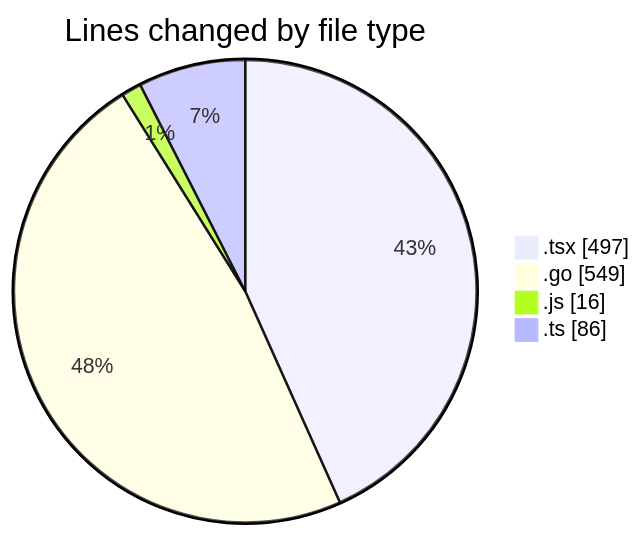
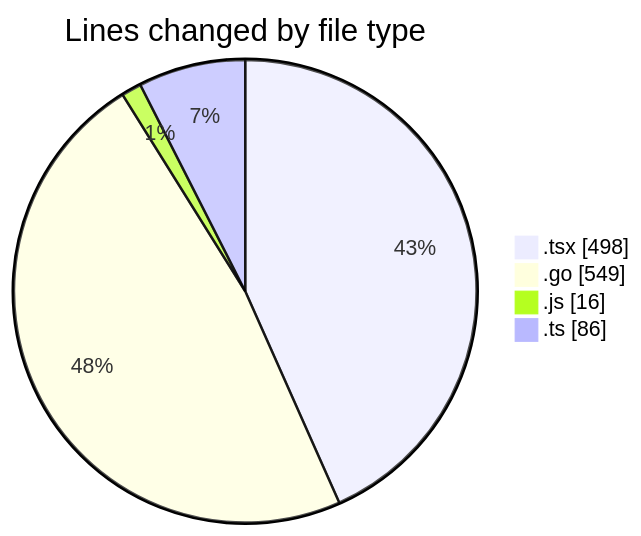
One commit to robertbonfada/code-tracking changed the first of 2 diagrams in 2025-03-04/termonied_testador/README.md. Above: the diagram before and after it, drawn with Mermaid. The commit also changed other lines of this file and 1 other file, not shown here.

````diff
--- a/2025-03-04/termonied_testador/README.md
+++ b/2025-03-04/termonied_testador/README.md
@@ -26,8 +26,8 @@
 ```mermaid
 pie showData
 title Lines changed by file type
-".tsx" : 497
+".tsx" : 498
 ".go" : 549
 ".js" : 16
 ".ts" : 86
 ```
````
